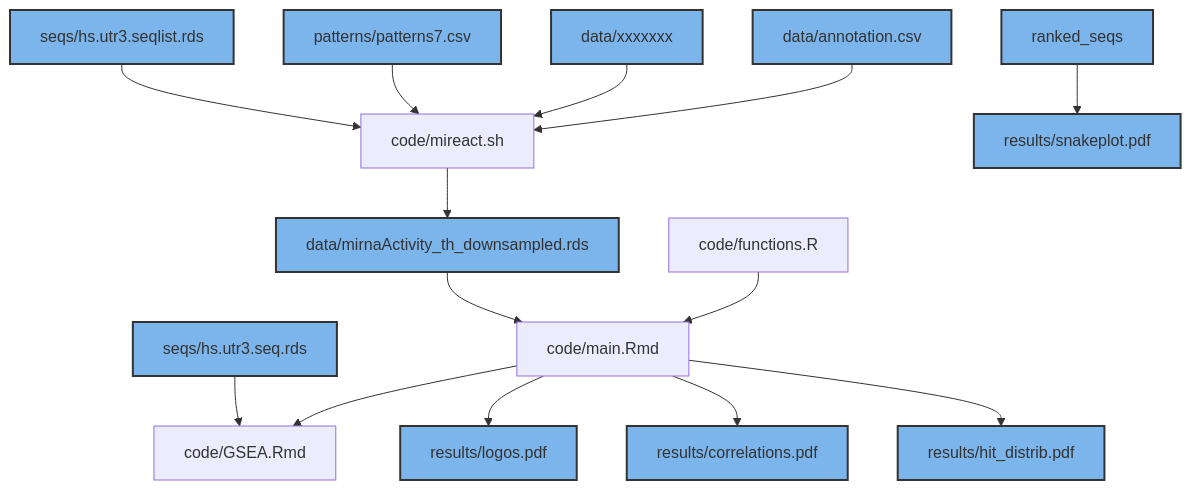
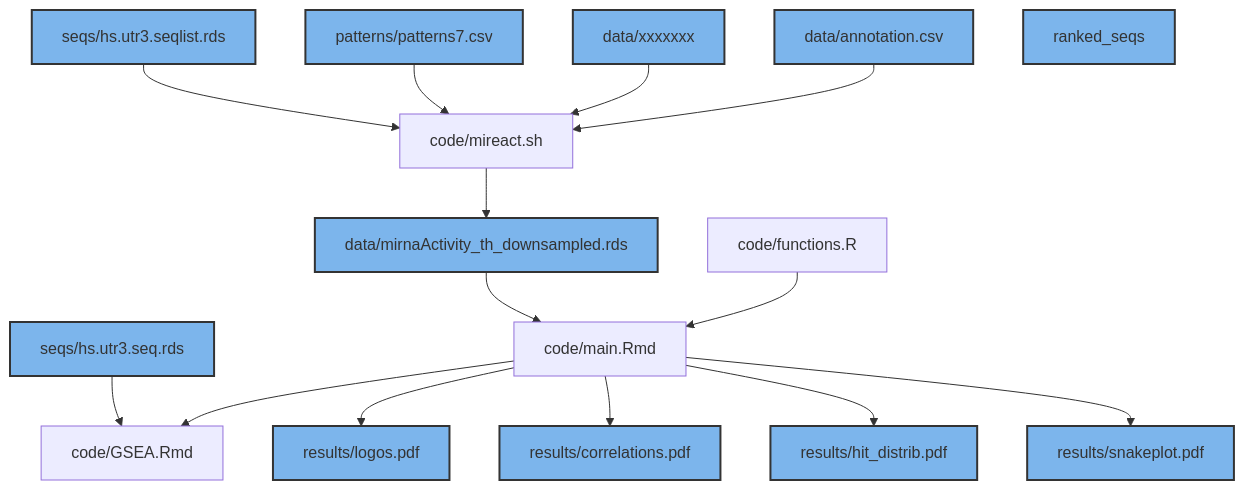
The diagram in README.md (PaulaRodrigoMartin/SMLB), drawn with Mermaid before and after one commit.

````diff
--- a/README.md
+++ b/README.md
@@ -1,45 +1,45 @@
 ```mermaid
 graph TD;
     seqlist[seqs/hs.utr3.seqlist.rds]
     seqs[seqs/hs.utr3.seq.rds]
     mireact_input[data/xxxxxxx]
     miReact_output[data/mirnaActivity_th_downsampled.rds]
     7mers[patterns/patterns7.csv]
     annotation[data/annotation.csv]
     miReact[code/mireact.sh]
     functions[code/functions.R]
     main_notebook[code/main.Rmd]
     GSEA[code/GSEA.Rmd]
     logos[results/logos.pdf]
     corrm[results/correlations.pdf]
     distrib[results/hit_distrib.pdf]
     snakeplot[results/snakeplot.pdf]
     
 
     style seqlist fill:#7cb5ec,stroke:#333,stroke-width:2px;
     style miReact_output fill:#7cb5ec,stroke:#333,stroke-width:2px;
     style 7mers fill:#7cb5ec,stroke:#333,stroke-width:2px;
     style mireact_input fill:#7cb5ec,stroke:#333,stroke-width:2px;
     style seqs fill:#7cb5ec,stroke:#333,stroke-width:2px;
     style annotation fill:#7cb5ec,stroke:#333,stroke-width:2px;
     style logos fill:#7cb5ec,stroke:#333,stroke-width:2px;
     style corrm fill:#7cb5ec,stroke:#333,stroke-width:2px;
     style distrib fill:#7cb5ec,stroke:#333,stroke-width:2px;
     style ranked_seqs fill:#7cb5ec,stroke:#333,stroke-width:2px;
     style snakeplot fill:#7cb5ec,stroke:#333,stroke-width:2px;
 
     seqlist-->miReact
     7mers-->miReact
     mireact_input-->miReact
     annotation-->miReact
     miReact-->miReact_output
     functions-->main_notebook
     main_notebook-->GSEA
     main_notebook-->logos
     main_notebook-->corrm
     main_notebook-->distrib
     seqs-->GSEA
-    ranked_seqs--> snakeplot
+    main_notebook--> snakeplot
     miReact_output-->main_notebook
 
 ```
````
